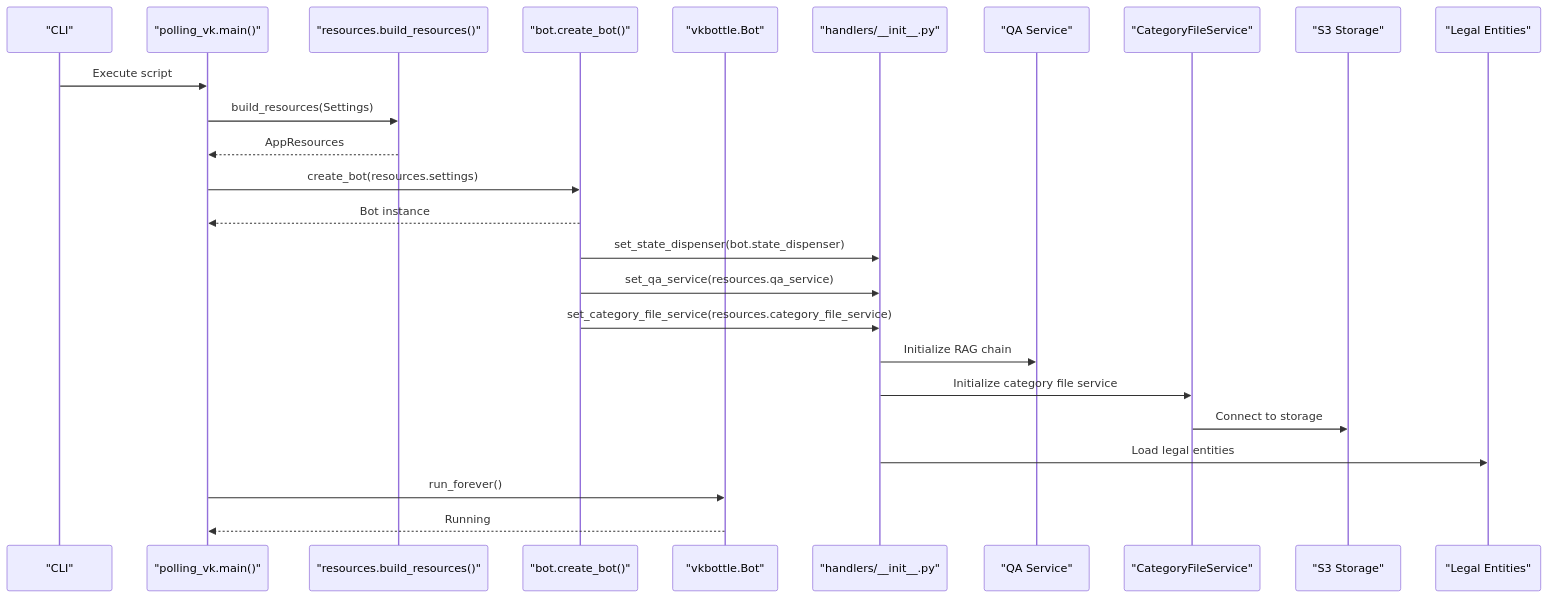
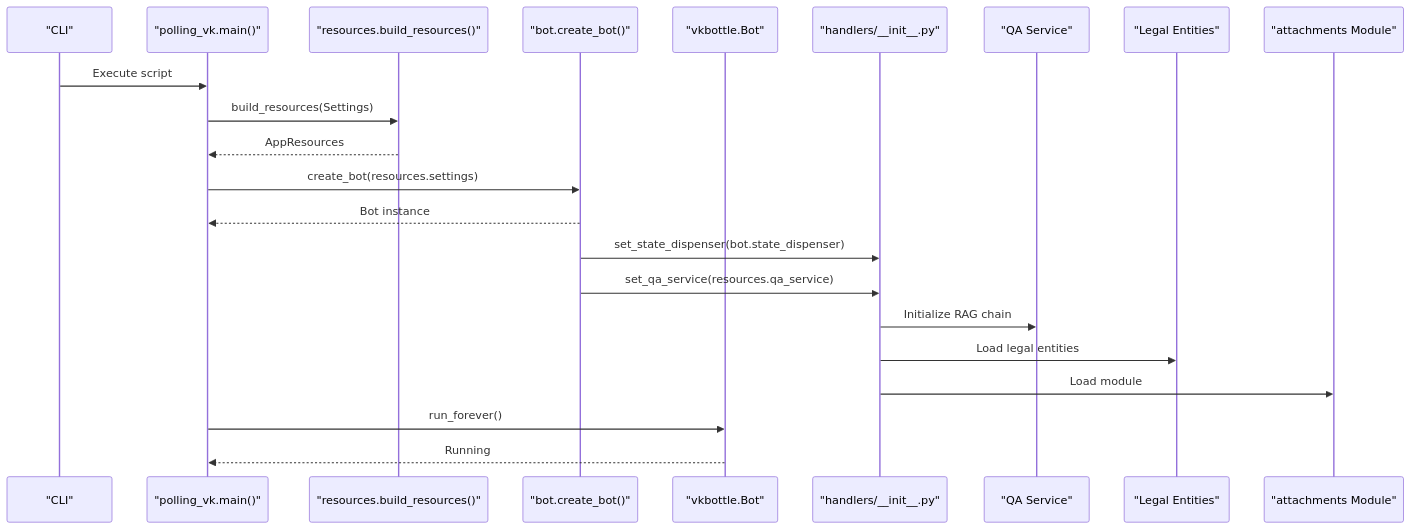
One commit to ognelis/cafetera_hr_bot changed diagram 17 of 20 in .qoder/repowiki/en/content/VK Integration/VK Integration.md. Above: the diagram before and after it, drawn with Mermaid. The commit also changed other lines of this file and 14 other files, not shown here.

````diff
--- a/.qoder/repowiki/en/content/VK Integration/VK Integration.md
+++ b/.qoder/repowiki/en/content/VK Integration/VK Integration.md
@@ -929,27 +922,24 @@
 ```mermaid
 sequenceDiagram
 participant CLI as "CLI"
 participant Runner as "polling_vk.main()"
 participant Resources as "resources.build_resources()"
 participant Factory as "bot.create_bot()"
 participant Bot as "vkbottle.Bot"
 participant Utils as "handlers/__init__.py"
 participant QA as "QA Service"
-participant CFService as "CategoryFileService"
-participant S3 as "S3 Storage"
 participant Entities as "Legal Entities"
+participant Attachments as "attachments Module"
 CLI->>Runner : Execute script
 Runner->>Resources : build_resources(Settings)
 Resources-->>Runner : AppResources
 Runner->>Factory : create_bot(resources.settings)
 Factory-->>Runner : Bot instance
 Factory->>Utils : set_state_dispenser(bot.state_dispenser)
 Factory->>Utils : set_qa_service(resources.qa_service)
-Factory->>Utils : set_category_file_service(resources.category_file_service)
 Utils->>QA : Initialize RAG chain
-Utils->>CFService : Initialize category file service
-CFService->>S3 : Connect to storage
 Utils->>Entities : Load legal entities
+Utils->>Attachments : Load module
 Runner->>Bot : run_forever()
 Bot-->>Runner : Running
 ```
````
